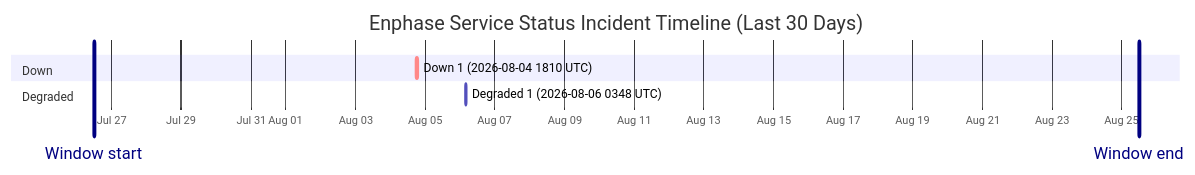
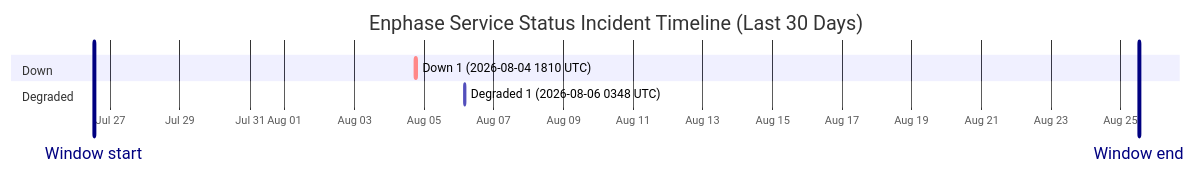
One commit to barneyonline/ha-enphase-energy changed the diagram in wiki/Service-Status-History.md. Above: the diagram before and after it, drawn with Mermaid. The commit also changed other lines of this file and 3 other files, not shown here.

````diff
--- a/wiki/Service-Status-History.md
+++ b/wiki/Service-Status-History.md
@@ -14,12 +14,12 @@
 ```mermaid
 gantt
     title Enphase Service Status Incident Timeline (Last 30 Days)
     dateFormat  YYYY-MM-DDTHH:mm:ss
     axisFormat  %b %d
-    Window start :vert, window-start, 2026-07-26T11:54:16, 0ms
-    Window end :vert, window-end, 2026-08-25T11:54:16, 0ms
+    Window start :vert, window-start, 2026-07-26T12:42:43, 0ms
+    Window end :vert, window-end, 2026-08-25T12:42:43, 0ms
     section Down
     Down 1 (2026-08-04 1810 UTC) :crit, down-1, 2026-08-04T18:10:46, 60m
     section Degraded
     Degraded 1 (2026-08-06 0348 UTC) :active, degraded-1, 2026-08-06T03:48:14, 60m
 ```
````
